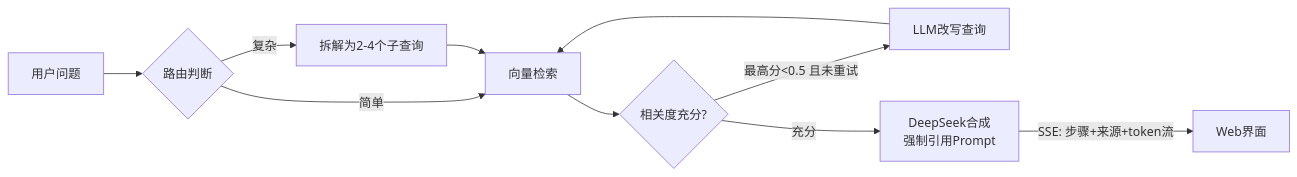
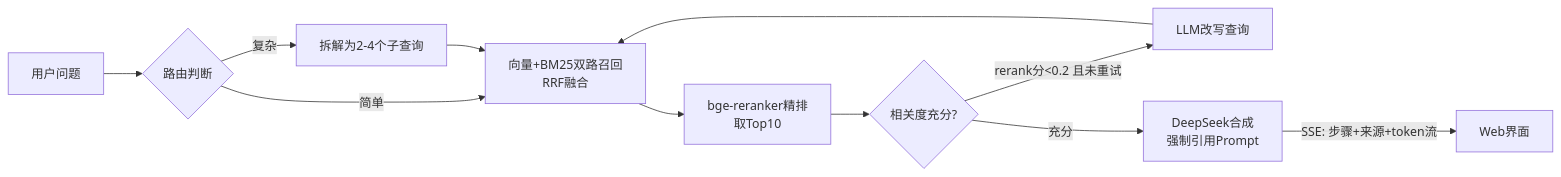
Before and after one commit to shit-king/Embodied-Intelligence-RAG: the second of 2 diagrams in README.md, drawn with Mermaid. The commit also changed other lines of this file and 7 other files, not shown here.

````diff
--- a/README.md
+++ b/README.md
@@ -30,10 +31,11 @@
 ```mermaid
 flowchart LR
     Q[用户问题] --> R{路由判断}
-    R -->|简单| RT[向量检索]
+    R -->|简单| RT[向量+BM25双路召回<br>RRF融合]
     R -->|复杂| DC[拆解为2-4个子查询] --> RT
-    RT --> J{相关度充分?}
-    J -->|最高分<0.5 且未重试| RW[LLM改写查询] --> RT
+    RT --> RR[bge-reranker精排<br>取Top10]
+    RR --> J{相关度充分?}
+    J -->|rerank分<0.2 且未重试| RW[LLM改写查询] --> RT
     J -->|充分| SY[DeepSeek合成<br>强制引用Prompt]
     SY -->|SSE: 步骤+来源+token流| G[Web界面]
 ```
````
